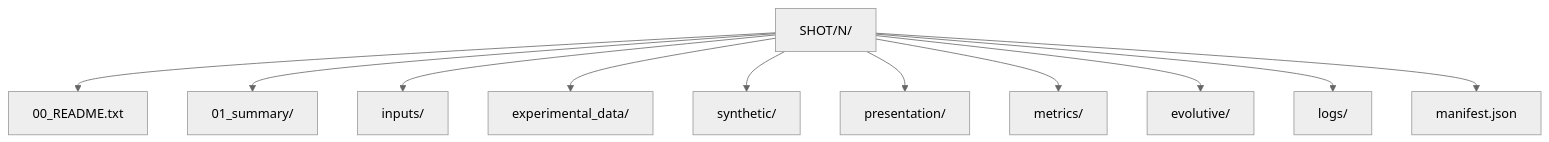
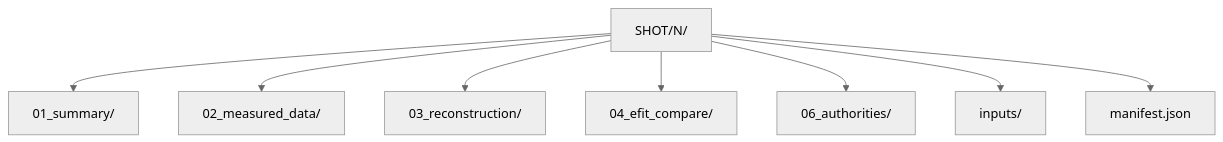
The fifth of 6 diagrams in README.md (afshin-arj/Fair-MAST-to-FreeGSNKE-Conversion-tool), drawn with Mermaid (neutral theme) before and after one commit. The commit also changed other lines of this file, not shown here.

First line of the commit message:
docs: professional README with clear diagrams for fusion users

````diff
--- a/README.md
+++ b/README.md
@@ -158,14 +191,11 @@
 ```mermaid
 flowchart TB
   R["SHOT/N/"]
-  R --> R0["00_README.txt"]
-  R --> R1["01_summary/"]
-  R --> IN["inputs/"]
-  R --> ED["experimental_data/"]
-  R --> SYN["synthetic/"]
-  R --> PRES["presentation/"]
-  R --> MET["metrics/"]
-  R --> EV["evolutive/"]
-  R --> LOG["logs/"]
-  R --> MAN["manifest.json"]
+  R --> S["01_summary/"]
+  R --> M["02_measured_data/"]
+  R --> C["03_reconstruction/"]
+  R --> E["04_efit_compare/"]
+  R --> A["06_authorities/"]
+  R --> I["inputs/"]
+  R --> P["manifest.json"]
 ```
````
